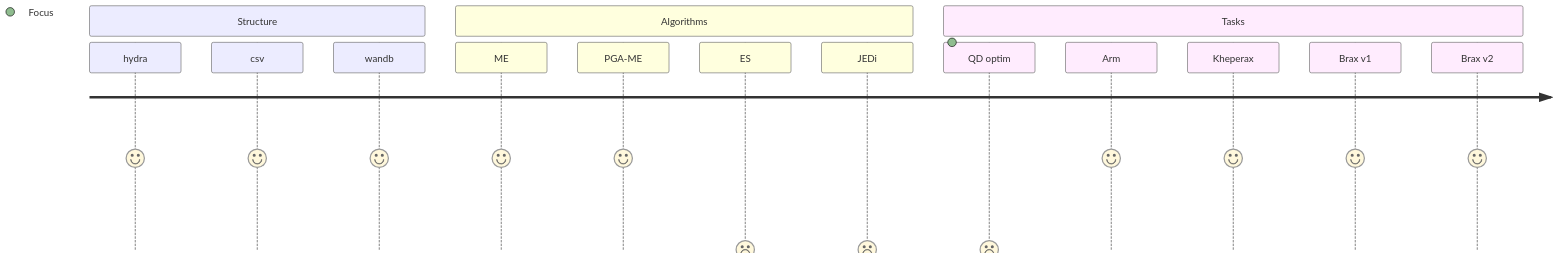
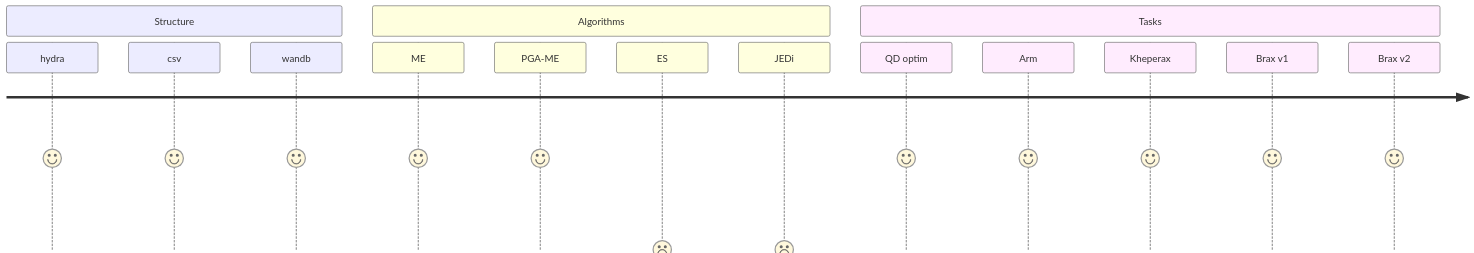
The diagram in README.md (TemplierPaul/QDax_bench), drawn with Mermaid before and after one commit. The commit also changed 21 other files, not shown here.

````diff
--- a/README.md
+++ b/README.md
@@ -34,18 +34,18 @@
 ```mermaid
 journey
     section Structure
         hydra: 5
         csv: 5
         wandb: 5
     section Algorithms
         ME: 5
         PGA-ME: 5
         ES: 0
         JEDi: 0
     section Tasks
-        QD optim: 0: Focus
+        QD optim: 5
         Arm: 5
         Kheperax: 5
         Brax v1: 5
         Brax v2: 5
 ```
````
